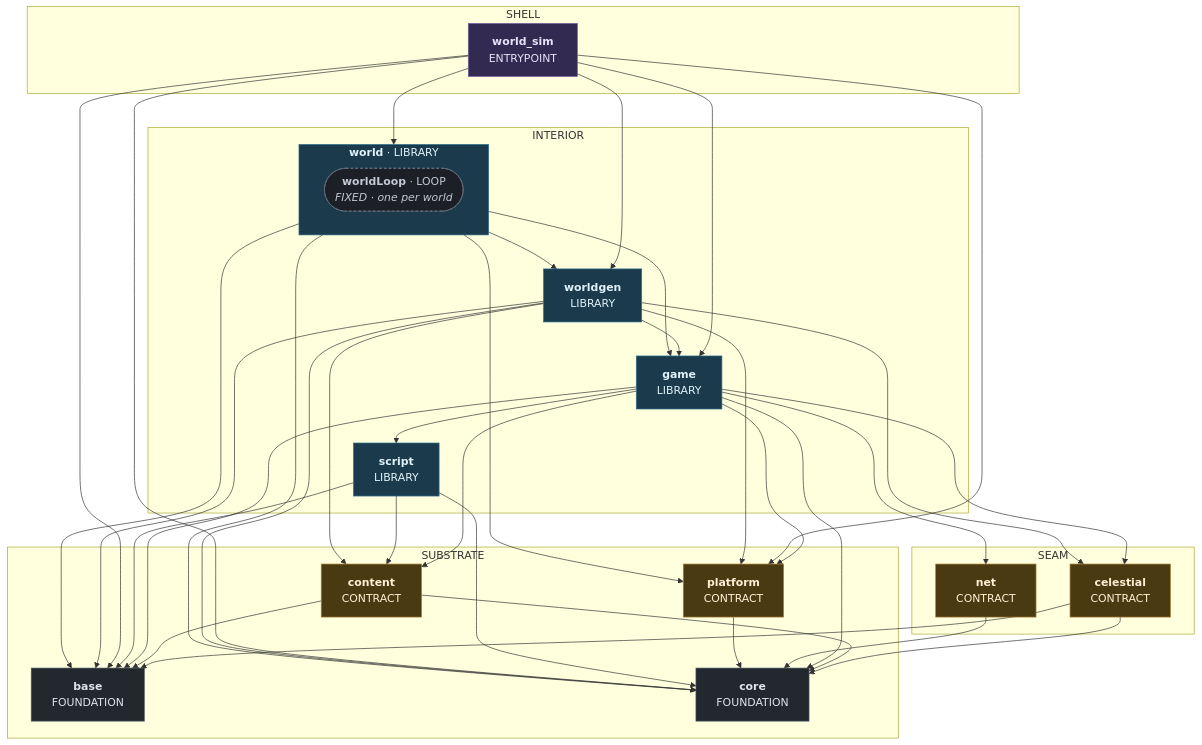
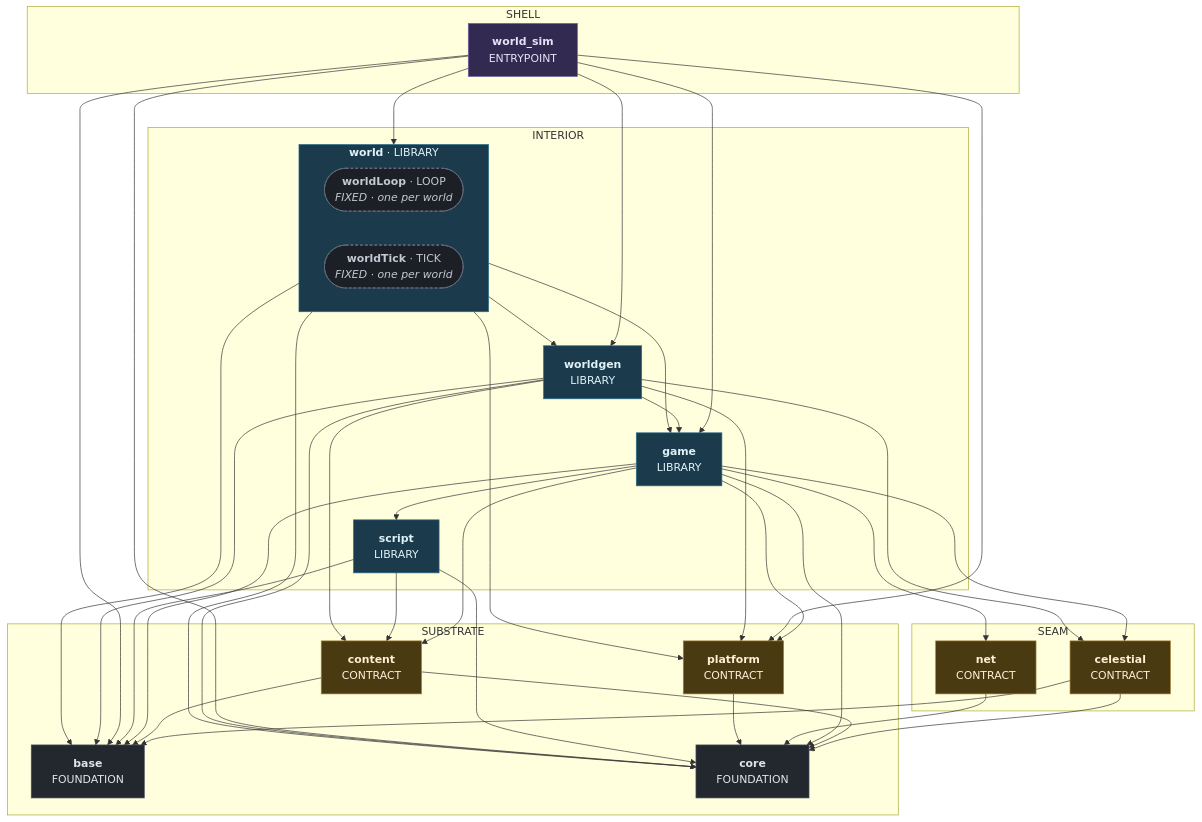
The eighth of 10 diagrams in docs/superpowers/specs/2026-08-01-sovereign-headless-client-design.md (apnex/OpenStarbound), drawn with Mermaid before and after one commit. The commit also changed other lines of this file and 5 other files, not shown here.

First line of the commit message:
spec: the SDL host owns a window, not a graphics API — swapTick moves to `gpu`

````diff
--- a/docs/superpowers/specs/2026-08-01-sovereign-headless-client-design.md
+++ b/docs/superpowers/specs/2026-08-01-sovereign-headless-client-design.md
@@ -2214,69 +2303,70 @@
 ```mermaid
 %% composition: world_sim
 flowchart TD
   subgraph Z_SUBSTRATE ["SUBSTRATE"]
     base["<b>base</b><br/>FOUNDATION"]
     content["<b>content</b><br/>CONTRACT"]
     core["<b>core</b><br/>FOUNDATION"]
     platform["<b>platform</b><br/>CONTRACT"]
   end
   subgraph Z_SEAM ["SEAM"]
     celestial["<b>celestial</b><br/>CONTRACT"]
     net["<b>net</b><br/>CONTRACT"]
   end
   subgraph Z_INTERIOR ["INTERIOR"]
     game["<b>game</b><br/>LIBRARY"]
     script["<b>script</b><br/>LIBRARY"]
     subgraph world ["<b>world</b> · LIBRARY"]
       world_worldLoop(["<b>worldLoop</b> · LOOP<br/><i>FIXED · one per world</i>"])
+      world_worldTick(["<b>worldTick</b> · TICK<br/><i>FIXED · one per world</i>"])
     end
     worldgen["<b>worldgen</b><br/>LIBRARY"]
   end
   subgraph Z_SHELL ["SHELL"]
     world_sim["<b>world_sim</b><br/>ENTRYPOINT"]
   end
   celestial --> base
   celestial --> core
   content --> base
   content --> core
   game --> base
   game --> celestial
   game --> content
   game --> core
   game --> net
   game --> platform
   game --> script
   net --> core
   platform --> core
   script --> base
   script --> content
   script --> core
   world --> base
   world --> core
   world --> game
   world --> platform
   world --> worldgen
   world_sim --> base
   world_sim --> core
   world_sim --> game
   world_sim --> platform
   world_sim --> world
   world_sim --> worldgen
   worldgen --> base
   worldgen --> celestial
   worldgen --> content
   worldgen --> core
   worldgen --> game
   worldgen --> platform
   classDef kFoundation fill:#23282f,stroke:#4a545e,color:#dfe4ea
   classDef kContract fill:#4a3a12,stroke:#a8813a,color:#fdf0d5
   classDef kBackend fill:#5c2020,stroke:#aa3333,color:#ffe5e5
   classDef kLibrary fill:#1b3a4b,stroke:#2c6e8f,color:#e0f2f9
   classDef kEntrypoint fill:#332a52,stroke:#6d5fa8,color:#e8e2f8
   classDef kElement fill:#1c1f25,stroke:#6b7482,color:#c2c9d4,stroke-dasharray:4 3
   class base,core kFoundation
   class celestial,content,net,platform kContract
   class game,script,world,worldgen kLibrary
   class world_sim kEntrypoint
-  class world_worldLoop kElement
+  class world_worldLoop,world_worldTick kElement
 ```
````
